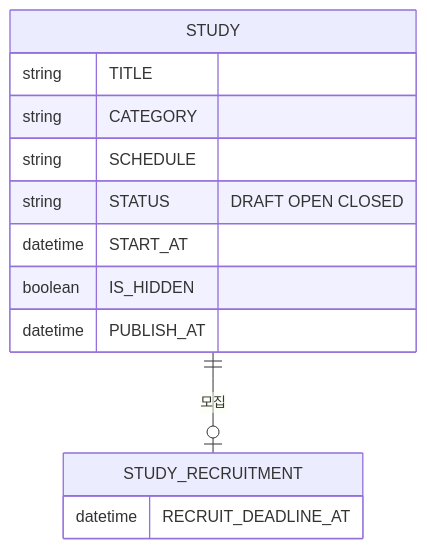
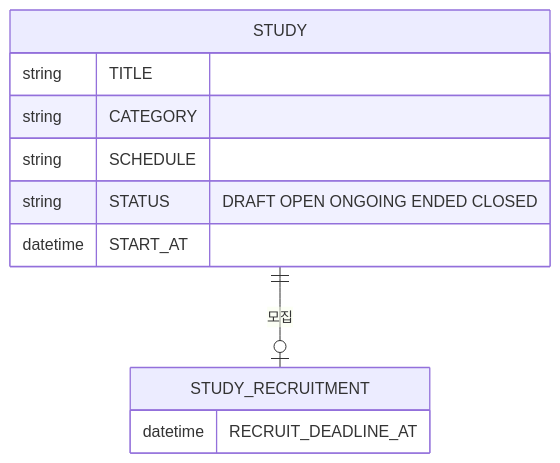
The second of 2 diagrams in planning/stories/crew-browse-studies/PRD.md (StudyClub-PlusPlus/studyclub-engineering), drawn with Mermaid before and after one commit. The commit also changed other lines of this file and 39 other files, not shown here.

````diff
--- a/planning/stories/crew-browse-studies/PRD.md
+++ b/planning/stories/crew-browse-studies/PRD.md
@@ -140,16 +140,14 @@
 ```mermaid
 erDiagram
   STUDY ||--o| STUDY_RECRUITMENT : "모집"
   STUDY {
     string TITLE
     string CATEGORY
     string SCHEDULE
-    string STATUS "DRAFT OPEN CLOSED"
+    string STATUS "DRAFT OPEN ONGOING ENDED CLOSED"
     datetime START_AT
-    boolean IS_HIDDEN
-    datetime PUBLISH_AT
   }
   STUDY_RECRUITMENT {
     datetime RECRUIT_DEADLINE_AT
   }
 ```
````
